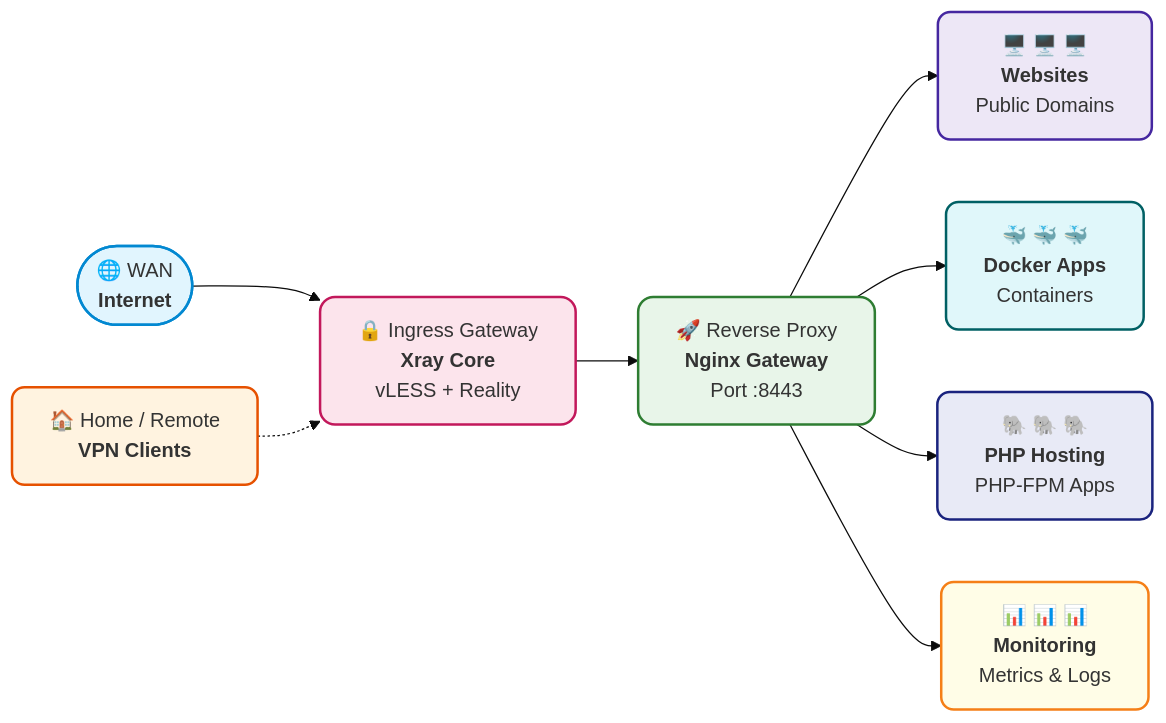
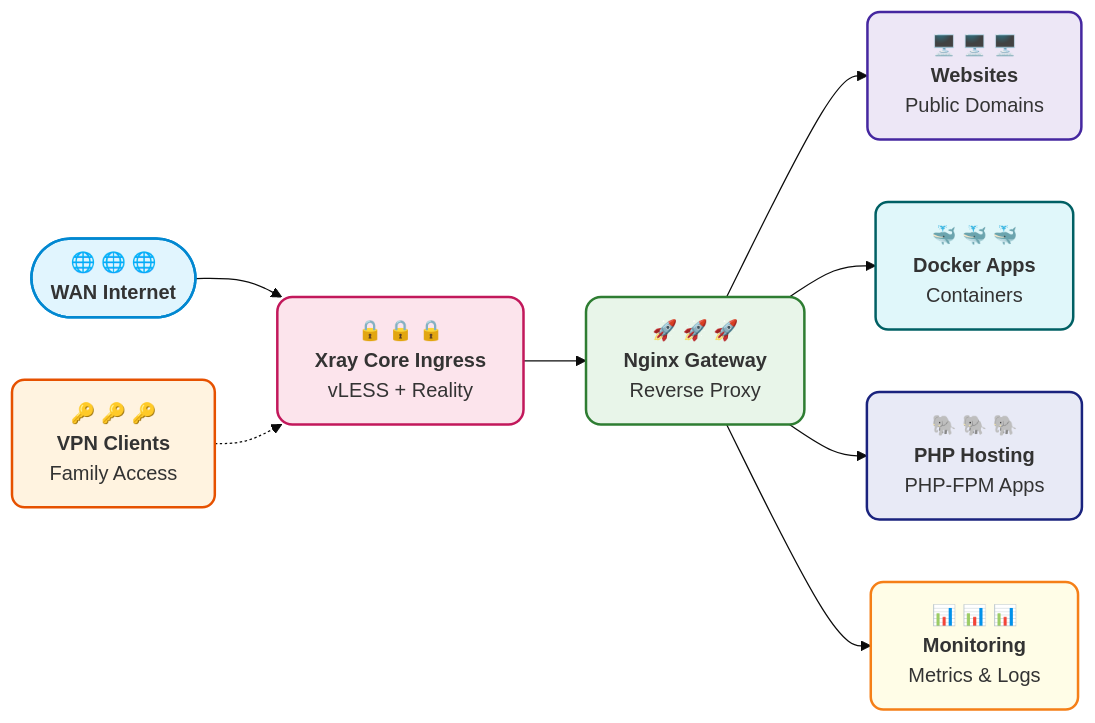
One commit to dzamal-barambajev/infra-self-audit changed the diagram in README.md. Above: the diagram before and after it, drawn with Mermaid. The commit also changed other lines of this file, not shown here.

````diff
--- a/README.md
+++ b/README.md
@@ -27,35 +21,35 @@
 ```mermaid
 %%{init: {'theme': 'base', 'themeVariables': { 'fontFamily': 'Helvetica', 'primaryColor': '#ffffff', 'edgeLabelBackground':'#ffffff'}}}%%
 graph LR
-    %% Компактные пастельные стили (высокая кучность)
+    %% Компактные пастельные стили
     classDef internetStyle fill:#E1F5FE,stroke:#0288D1,stroke-width:2px,rx:12px,ry:12px;
     classDef xrayStyle fill:#FCE4EC,stroke:#C2185B,stroke-width:2px,rx:12px,ry:12px;
     classDef nginxStyle fill:#E8F5E9,stroke:#2E7D32,stroke-width:2px,rx:12px,ry:12px;
     
     classDef webStyle fill:#EDE7F6,stroke:#4527A0,stroke-width:2px,rx:10px,ry:10px;
     classDef dockerStyle fill:#E0F7FA,stroke:#006064,stroke-width:2px,rx:10px,ry:10px;
     classDef phpStyle fill:#E8EAF6,stroke:#1A237E,stroke-width:2px,rx:10px,ry:10px;
     classDef monStyle fill:#FFFDE7,stroke:#F57F17,stroke-width:2px,rx:10px,ry:10px;
     classDef vpnStyle fill:#FFF3E0,stroke:#E65100,stroke-width:2px,rx:10px,ry:10px;
 
-    %% Ядро входа (строго по горизонтали)
-    Internet(["🌐 WAN<br><b>Internet</b>"]) --> Xray["🔒 Ingress Gateway<br><b>Xray Core</b><br>vLESS + Reality"]
-    VPN["🏠 Home / Remote<br><b>VPN Clients</b>"] -.-> Xray
-    Xray --> Nginx["🚀 Reverse Proxy<br><b>Nginx Gateway</b><br>Port :8443"]
+    %% Ядро входа с тройными иконками
+    Internet(["🌐 🌐 🌐<br><b>WAN Internet</b>"]) --> Xray["🔒 🔒 🔒<br><b>Xray Core Ingress</b><br>vLESS + Reality"]
+    VPN["🔑 🔑 🔑<br><b>VPN Clients</b><br>Family Access"] -.-> Xray
+    Xray --> Nginx["🚀 🚀 🚀<br><b>Nginx Gateway</b><br>Reverse Proxy"]
 
-    %% Конечные бэкенды (Убрали subgraph, чтобы сблизить блоки)
+    %% Конечные бэкенды с тройными иконками
     Nginx --> MainWeb["🖥️ 🖥️ 🖥️<br><b>Websites</b><br>Public Domains"]
     Nginx --> Docker["🐳 🐳 🐳<br><b>Docker Apps</b><br>Containers"]
     Nginx --> PHP["🐘 🐘 🐘<br><b>PHP Hosting</b><br>PHP-FPM Apps"]
     Nginx --> Mon["📊 📊 📊<br><b>Monitoring</b><br>Metrics & Logs"]
 
     %% Применение стилей
     class Internet internetStyle;
     class Xray xrayStyle;
     class Nginx nginxStyle;
     class MainWeb webStyle;
     class Docker dockerStyle;
     class PHP phpStyle;
     class Mon monStyle;
     class VPN vpnStyle;
 ```
````
